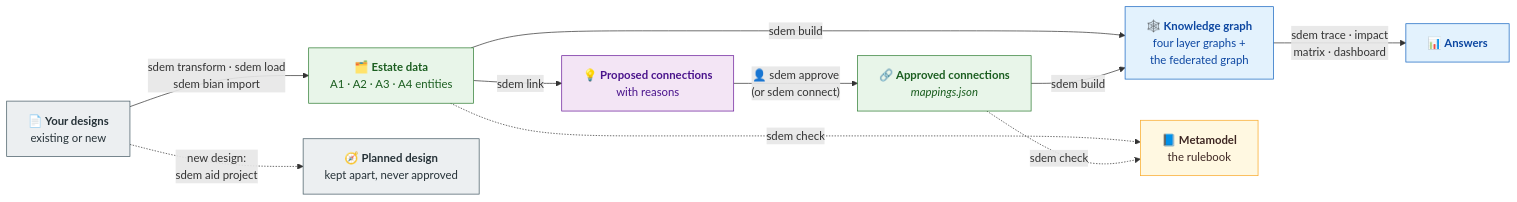
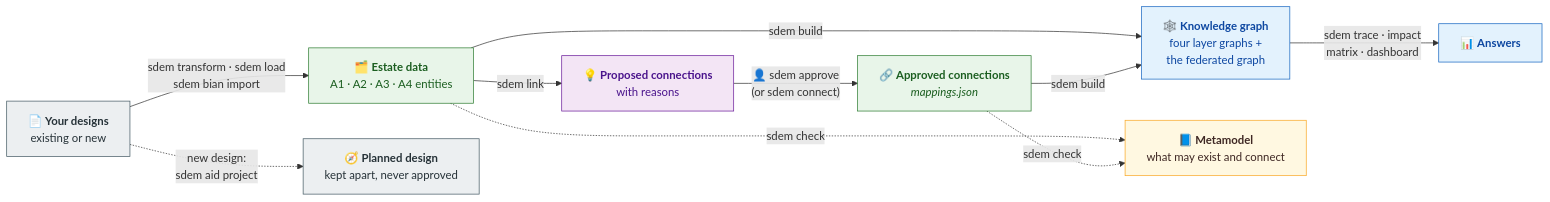
The fourth of 9 diagrams in README.md (taumoeps/bian-sdem-framework), drawn with Mermaid before and after one commit. The commit also changed other lines of this file and 71 other files, not shown here.

Commit message:
One name: metamodel — "rulebook" removed from documents, messages, help and code comments; files renamed (docs/sdem-metamodel-guide.md, docs/design/sdem-metamodel-versioning.md, tests/test_engine_metamodel.py); no data, command or option changes; historical records keep their original words

````diff
--- a/README.md
+++ b/README.md
@@ -104,30 +104,30 @@
 ```mermaid
 flowchart LR
     IN["📄 <b>Your designs</b><br/>existing or new"]
     D["🗂️ <b>Estate data</b><br/>A1 · A2 · A3 · A4 entities"]
     P["💡 <b>Proposed connections</b><br/>with reasons"]
     C["🔗 <b>Approved connections</b><br/><i>mappings.json</i>"]
     K["🕸️ <b>Knowledge graph</b><br/>four layer graphs +<br/>the federated graph"]
     A["📊 <b>Answers</b>"]
     PL["🧭 <b>Planned design</b><br/>kept apart, never approved"]
-    MM["📘 <b>Metamodel</b><br/>the rulebook"]
+    MM["📘 <b>Metamodel</b><br/>what may exist and connect"]
     IN -->|"sdem transform · sdem load<br/>sdem bian import"| D
     IN -.->|"new design:<br/>sdem aid project"| PL
     D -->|"sdem link"| P
     P -->|"👤 sdem approve<br/>(or sdem connect)"| C
     D -->|"sdem build"| K
     C -->|"sdem build"| K
     K -->|"sdem trace · impact<br/>matrix · dashboard"| A
     D -.->|"sdem check"| MM
     C -.->|"sdem check"| MM
     classDef r fill:#FFF8E1,stroke:#F9A825,color:#3E2723
     classDef d fill:#E8F5E9,stroke:#2E7D32,color:#1B5E20
     classDef g fill:#E3F2FD,stroke:#1565C0,color:#0D47A1
     classDef p fill:#F3E5F5,stroke:#6A1B9A,color:#4A148C
     classDef o fill:#ECEFF1,stroke:#455A64,color:#263238
     class MM r
     class D,C d
     class K,A g
     class P p
     class IN,PL o
 ```
````
